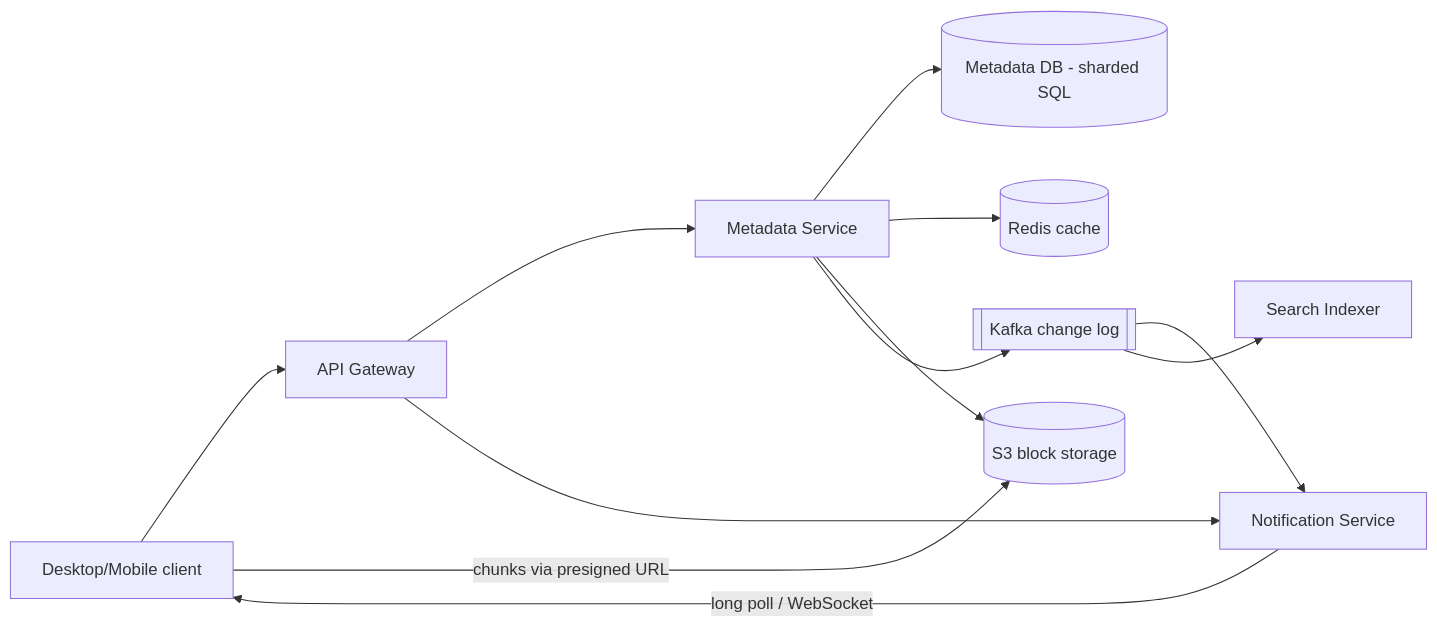
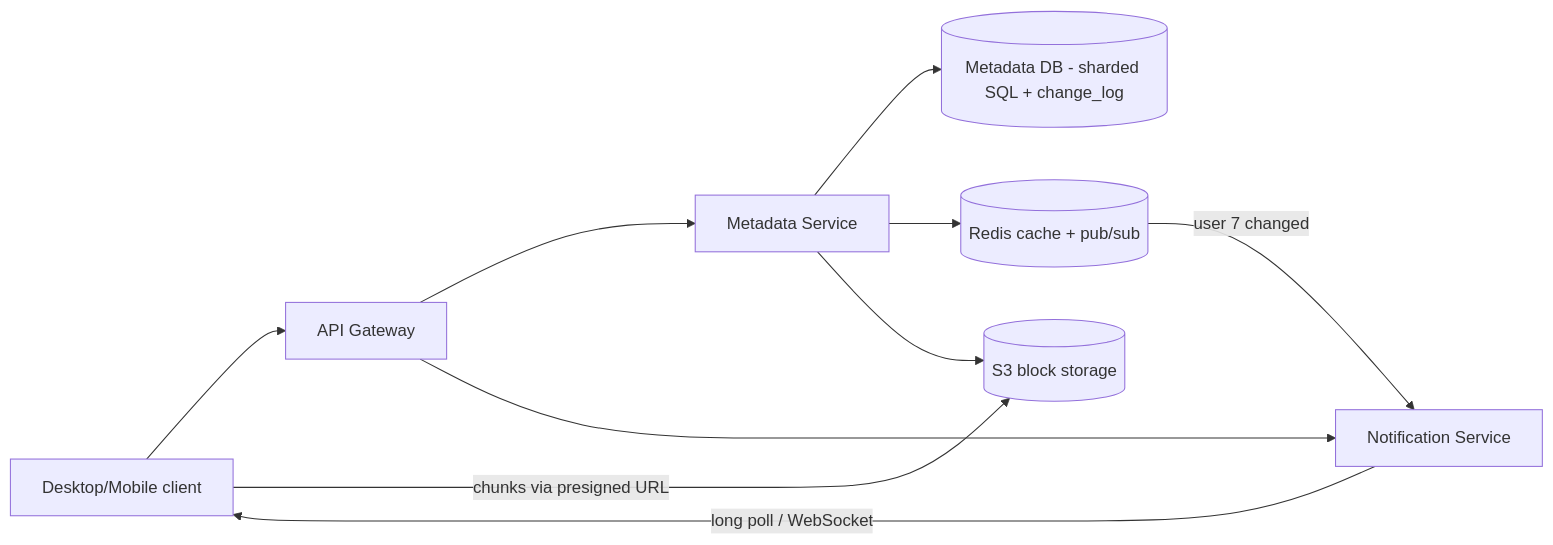
The first of 3 diagrams in content-en/02-questions/t1-08-dropbox.md (flow6979/system-design-prep), drawn with Mermaid before and after one commit. The commit also changed other lines of this file and 61 other files, not shown here.

````diff
--- a/content-en/02-questions/t1-08-dropbox.md
+++ b/content-en/02-questions/t1-08-dropbox.md
@@ -80,14 +86,12 @@
 ```mermaid
 flowchart LR
   C["Desktop/Mobile client"] --> G["API Gateway"]
   G --> MS["Metadata Service"]
   G --> NS["Notification Service"]
-  MS --> DB[("Metadata DB - sharded SQL")]
-  MS --> RC[("Redis cache")]
+  MS --> DB[("Metadata DB - sharded SQL + change_log")]
+  MS --> RC[("Redis cache + pub/sub")]
   C -- "chunks via presigned URL" --> S3[("S3 block storage")]
   MS --> S3
-  MS --> K[["Kafka change log"]]
-  K --> NS
+  RC -- "user 7 changed" --> NS
   NS -- "long poll / WebSocket" --> C
-  K --> SI["Search Indexer"]
 ```
````
